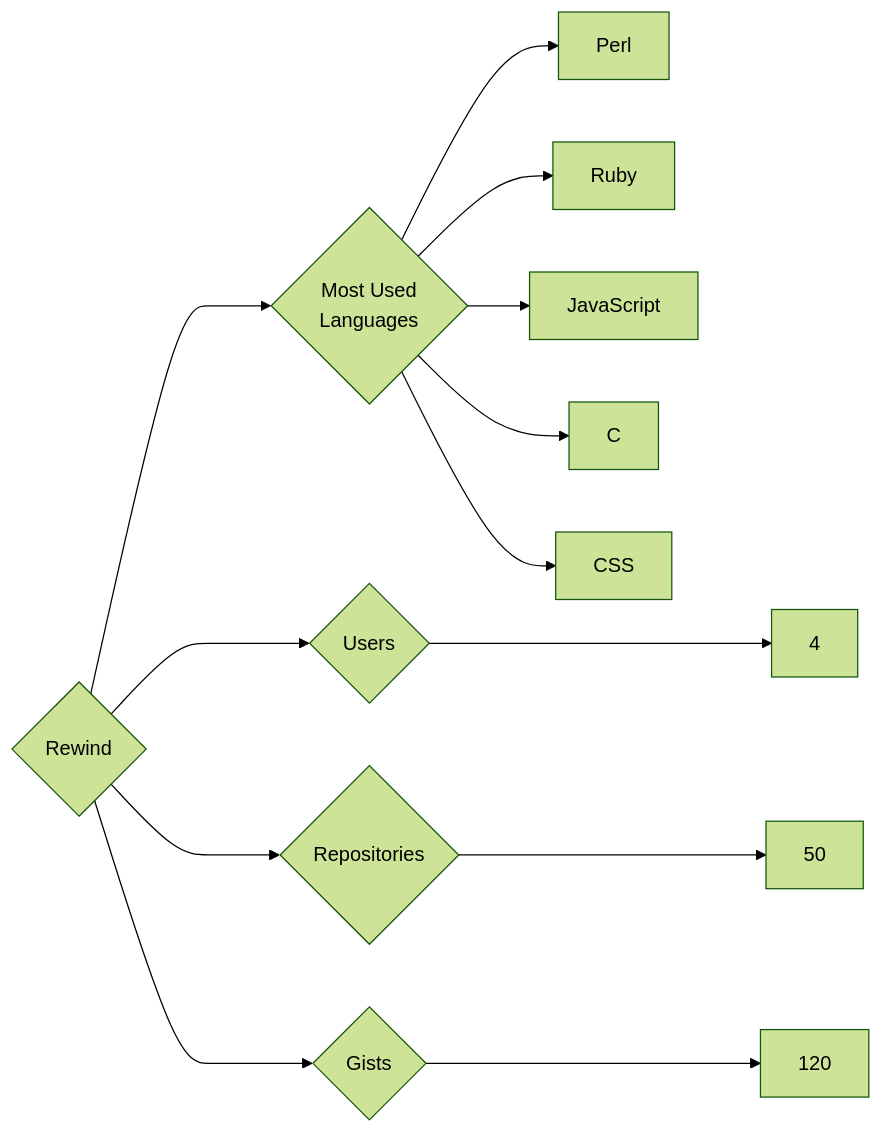
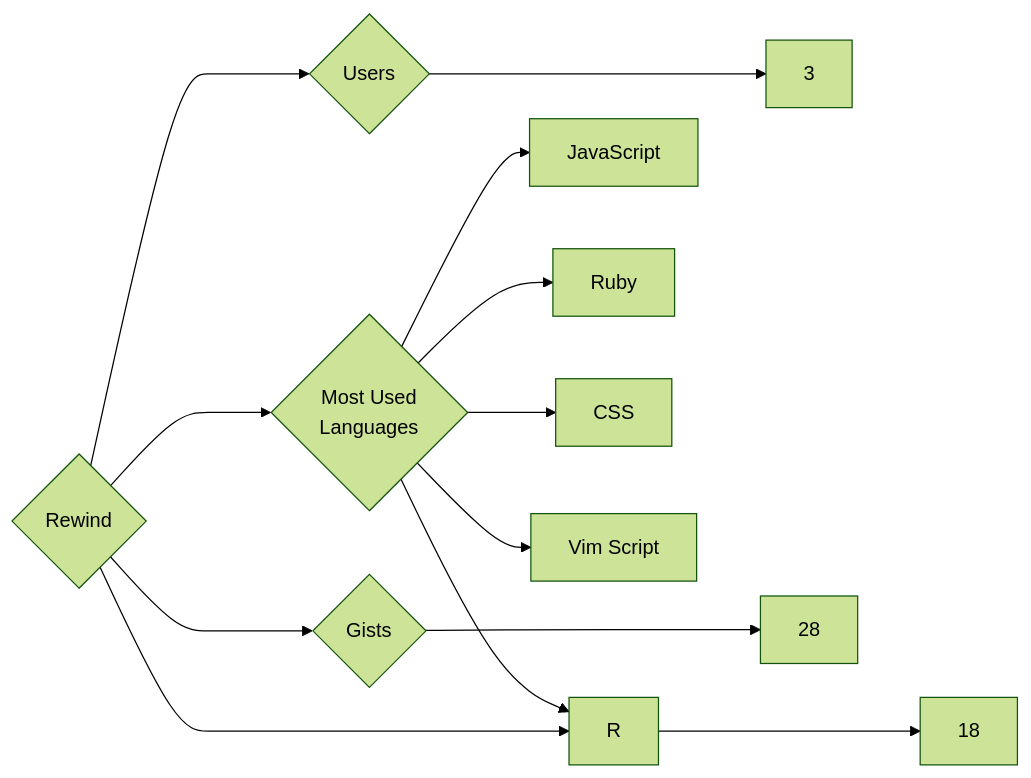
One commit to trickest/insiders changed the diagram in targets/Rewind/README.md. Above: the diagram before and after it, drawn with Mermaid (forest theme). The commit also changed 1484 other files, not shown here.

````diff
--- a/targets/Rewind/README.md
+++ b/targets/Rewind/README.md
@@ -3,13 +3,13 @@
 ```mermaid
 graph LR
 COMPANY_NAME{Rewind}
-COMPANY_NAME ---> U{Users} ---> UN[4]
-COMPANY_NAME ---> R{Repositories} ---> RN[50]
-COMPANY_NAME ---> G{Gists} ---> GN[120]
+COMPANY_NAME ---> U{Users} ---> UN[3]
+COMPANY_NAME ---> R{Repositories} ---> RN[18]
+COMPANY_NAME ---> G{Gists} ---> GN[28]
 COMPANY_NAME ---> ML{Most Used<br>Languages}
-ML --> Perl[Perl]
+ML --> JavaScript[JavaScript]
 ML --> Ruby[Ruby]
-ML --> JavaScript[JavaScript]
-ML --> C[C]
 ML --> CSS[CSS]
+ML --> Vim_Script[Vim Script]
+ML --> R[R]
 ```
````
